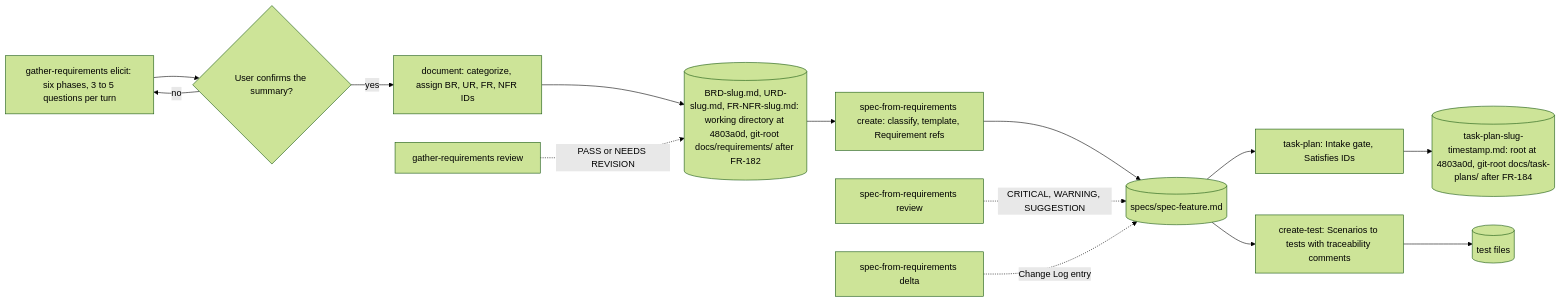
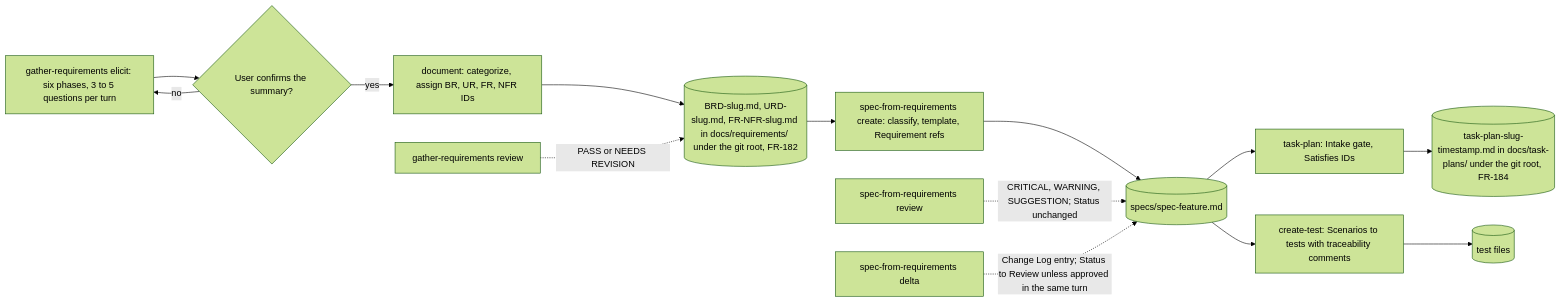
The diagram in specs/spec-skills-requirements-specs.md (tjmonsi/assist-marketplace-plugin), drawn with Mermaid (forest theme) before and after one commit. The commit also changed other lines of this file and 60 other files, not shown here.

````diff
--- a/specs/spec-skills-requirements-specs.md
+++ b/specs/spec-skills-requirements-specs.md
@@ -369,16 +369,16 @@
 ```mermaid
 flowchart LR
   E["gather-requirements elicit: six phases, 3 to 5 questions per turn"] --> SUM{"User confirms the summary?"}
   SUM -->|"no"| E
   SUM -->|"yes"| D["document: categorize, assign BR, UR, FR, NFR IDs"]
-  D --> R1[("BRD-slug.md, URD-slug.md, FR-NFR-slug.md: working directory at 4803a0d, git-root docs/requirements/ after FR-182")]
+  D --> R1[("BRD-slug.md, URD-slug.md, FR-NFR-slug.md in docs/requirements/ under the git root, FR-182")]
   R1 --> SC["spec-from-requirements create: classify, template, Requirement refs"]
   SC --> S1[("specs/spec-feature.md")]
   S1 --> TP["task-plan: Intake gate, Satisfies IDs"]
-  TP --> T1[("task-plan-slug-timestamp.md: root at 4803a0d, git-root docs/task-plans/ after FR-184")]
+  TP --> T1[("task-plan-slug-timestamp.md in docs/task-plans/ under the git root, FR-184")]
   S1 --> CT["create-test: Scenarios to tests with traceability comments"]
   CT --> T2[("test files")]
   RV["gather-requirements review"] -.->|"PASS or NEEDS REVISION"| R1
-  SR["spec-from-requirements review"] -.->|"CRITICAL, WARNING, SUGGESTION"| S1
-  DL["spec-from-requirements delta"] -.->|"Change Log entry"| S1
+  SR["spec-from-requirements review"] -.->|"CRITICAL, WARNING, SUGGESTION; Status unchanged"| S1
+  DL["spec-from-requirements delta"] -.->|"Change Log entry; Status to Review unless approved in the same turn"| S1
 ```
````
